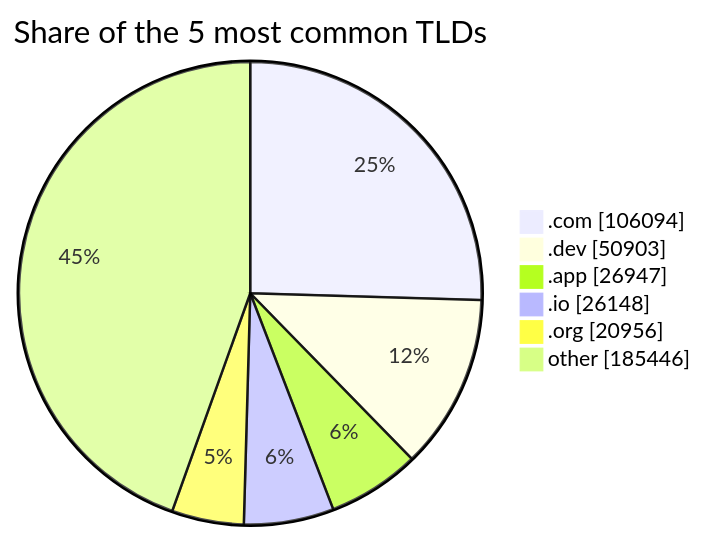
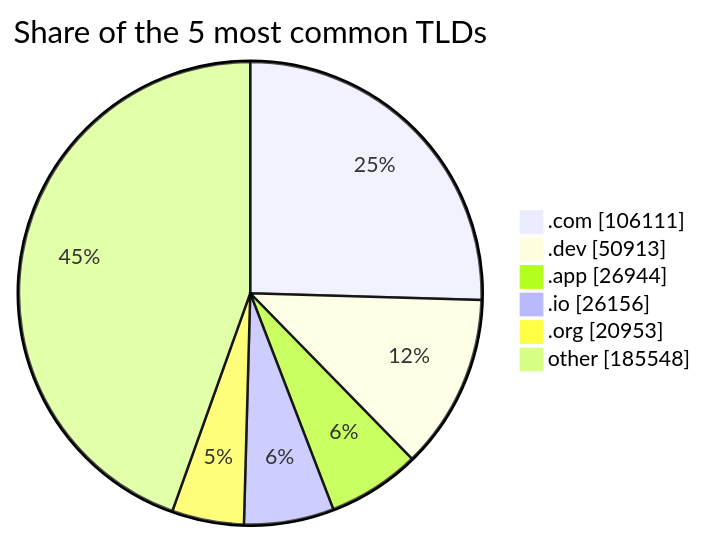
The third of 3 diagrams in README.md (DNSBunker/CTI), drawn with Mermaid before and after one commit. The commit also changed other lines of this file and 3 other files, not shown here.

````diff
--- a/README.md
+++ b/README.md
@@ -81,9 +81,9 @@
 ```mermaid
 pie showData title Share of the 5 most common TLDs
-    ".com" : 106094
-    ".dev" : 50903
-    ".app" : 26947
-    ".io" : 26148
-    ".org" : 20956
-    "other" : 185446
+    ".com" : 106111
+    ".dev" : 50913
+    ".app" : 26944
+    ".io" : 26156
+    ".org" : 20953
+    "other" : 185548
 ```
````
